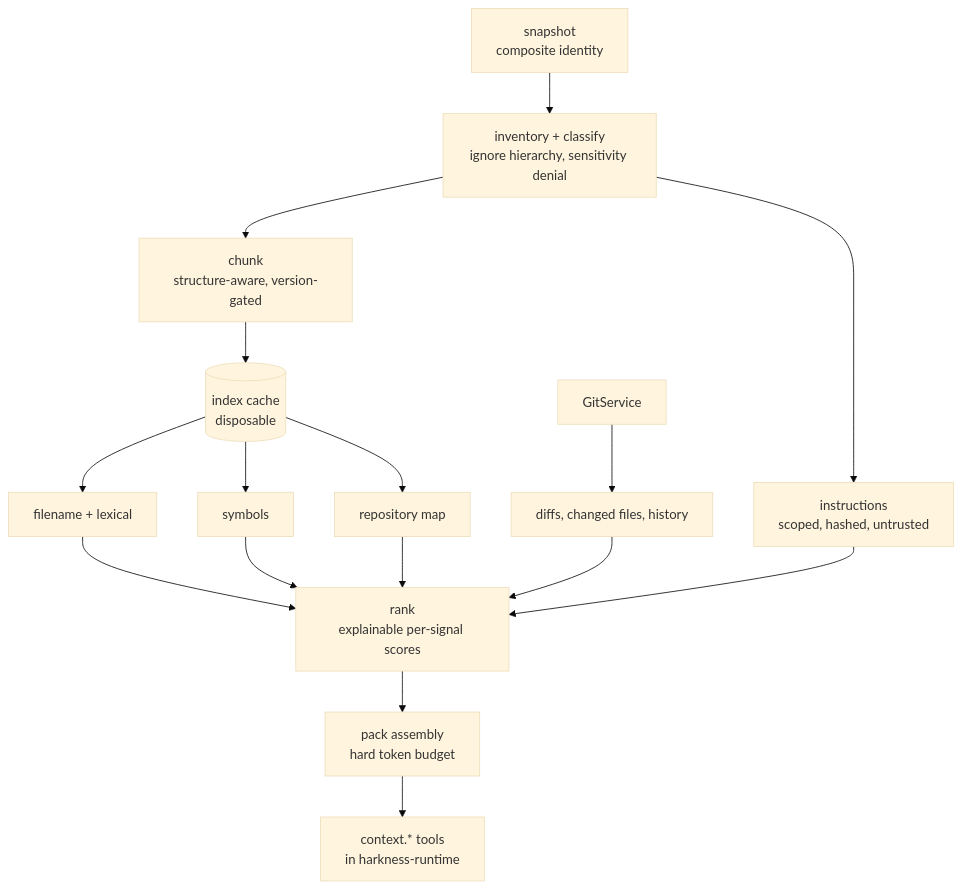
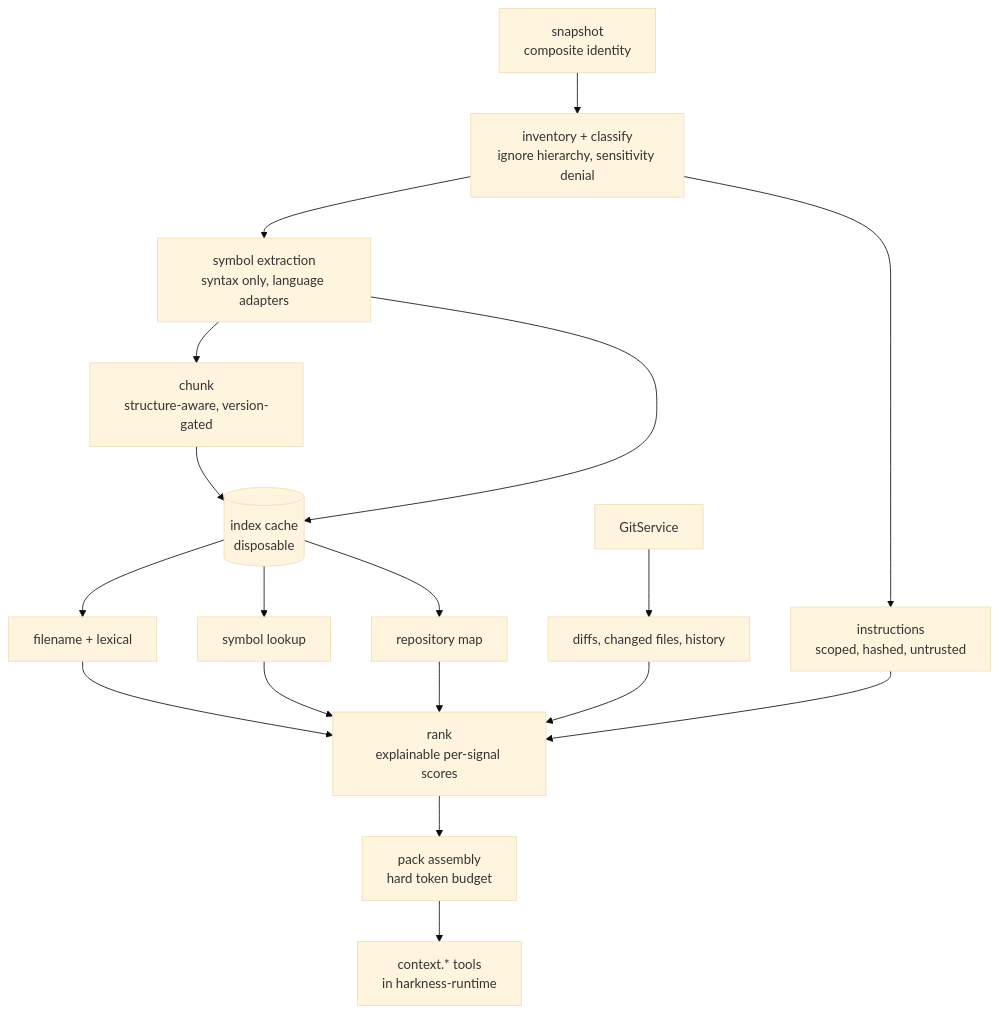
Before and after one commit to fullstacktaiye/Harkness: the second of 3 diagrams in docs/architecture-context.md, drawn with Mermaid (base theme). The commit also changed other lines of this file and 35 other files, not shown here.

First line of the commit message:
Add language detection and structural symbol extraction (#241)

````diff
--- a/docs/architecture-context.md
+++ b/docs/architecture-context.md
@@ -94,14 +94,15 @@
 ```mermaid
 graph TD
     snap[snapshot<br/>composite identity] --> inv[inventory + classify<br/>ignore hierarchy, sensitivity denial]
-    inv --> chunk[chunk<br/>structure-aware, version-gated]
-    chunk --> idx[(index cache<br/>disposable)]
+    inv --> symx[symbol extraction<br/>syntax only, language adapters]
+    symx --> chunk[chunk<br/>structure-aware, version-gated]
+    chunk & symx --> idx[(index cache<br/>disposable)]
     idx --> search[filename + lexical]
-    idx --> sym[symbols]
+    idx --> sym[symbol lookup]
     idx --> map[repository map]
     git[GitService] --> gitctx[diffs, changed files, history]
     inv --> instr[instructions<br/>scoped, hashed, untrusted]
     search & sym & map & gitctx & instr --> rank[rank<br/>explainable per-signal scores]
     rank --> pack[pack assembly<br/>hard token budget]
     pack --> tools[context.* tools<br/>in harkness-runtime]
 ```
````
